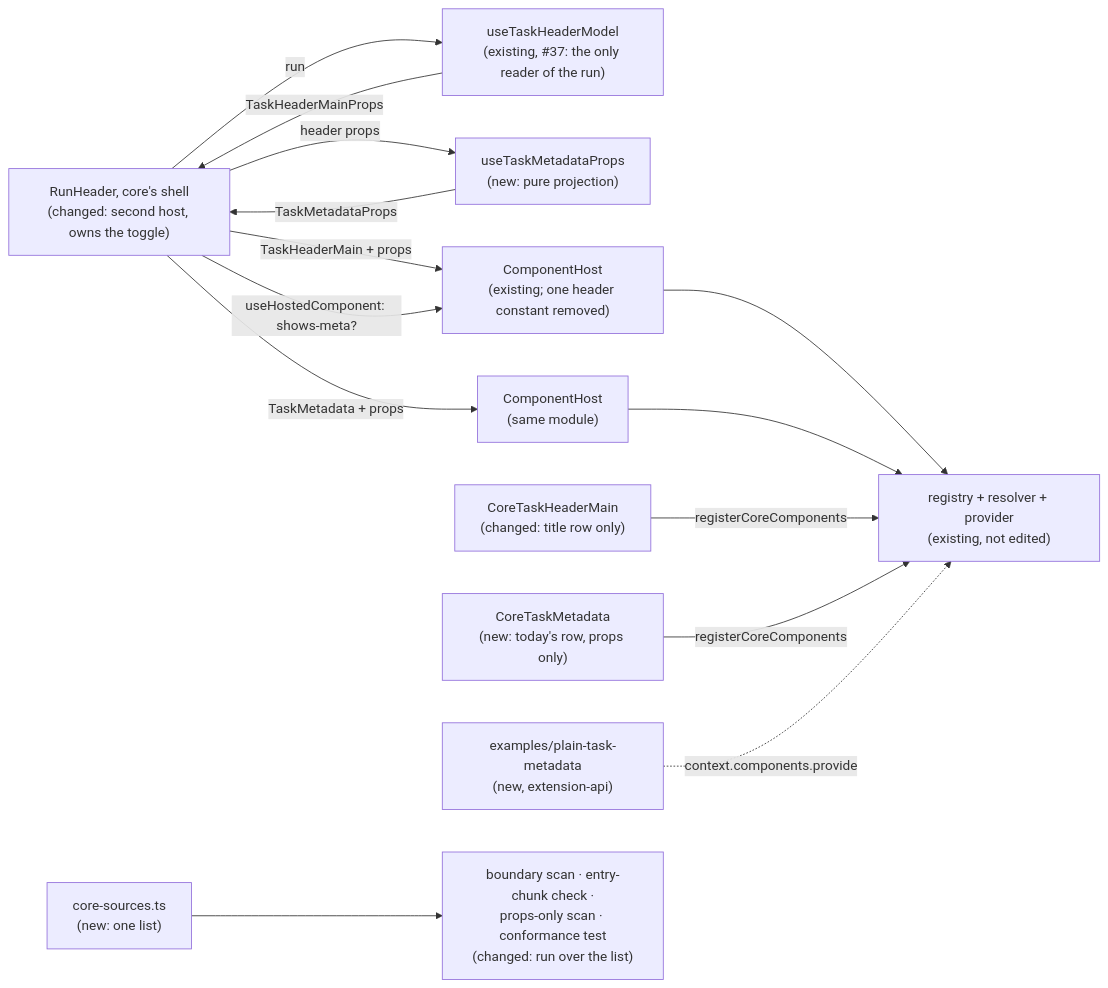
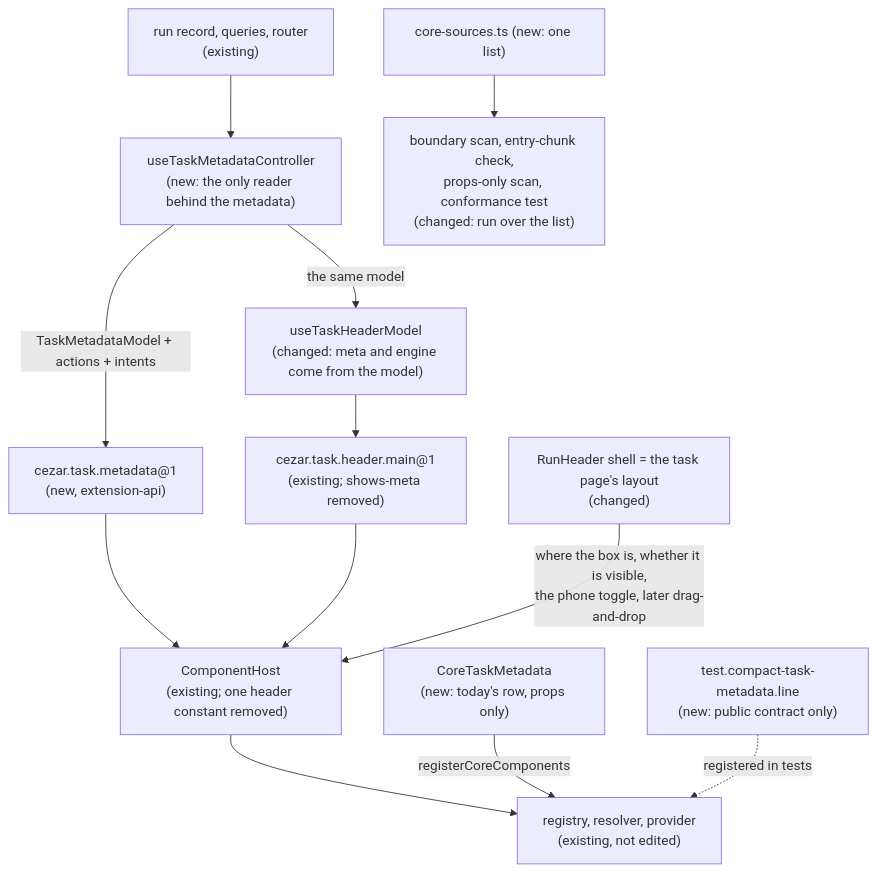
Before and after one commit to DarrenStasiakDev4You/cezar-hackathon-ale-patryk-nazywa-go-brutusem: the diagram in .ai/specs/2026-09-19-task-metadata-contract.md, drawn with Mermaid. The commit also changed other lines of this file and 5 other files, not shown here.

First line of the commit message:
docs(specs): apply the owner's answers to task-metadata-contract

````diff
--- a/.ai/specs/2026-09-19-task-metadata-contract.md
+++ b/.ai/specs/2026-09-19-task-metadata-contract.md
@@ -182,16 +199,14 @@
 ```mermaid
-flowchart LR
-  shell["RunHeader, core's shell<br/>(changed: second host, owns the toggle)"] -->|"run"| model["useTaskHeaderModel<br/>(existing, #37: the only reader of the run)"]
-  model -->|"TaskHeaderMainProps"| shell
-  shell -->|"header props"| proj["useTaskMetadataProps<br/>(new: pure projection)"]
-  proj -->|"TaskMetadataProps"| shell
-  shell -->|"TaskHeaderMain + props"| host1["ComponentHost<br/>(existing; one header constant removed)"]
-  shell -->|"TaskMetadata + props"| host2["ComponentHost<br/>(same module)"]
-  shell -->|"useHostedComponent: shows-meta?"| host1
-  host1 --> reg["registry + resolver + provider<br/>(existing, not edited)"]
-  host2 --> reg
-  coremain["CoreTaskHeaderMain<br/>(changed: title row only)"] -->|"registerCoreComponents"| reg
+flowchart TD
+  data["run record, queries, router<br/>(existing)"] --> ctrl["useTaskMetadataController<br/>(new: the only reader behind the metadata)"]
+  ctrl -->|"TaskMetadataModel + actions + intents"| contract["cezar.task.metadata@1<br/>(new, extension-api)"]
+  ctrl -->|"the same model"| hmodel["useTaskHeaderModel<br/>(changed: meta and engine come from the model)"]
+  hmodel --> hcontract["cezar.task.header.main@1<br/>(existing; shows-meta removed)"]
+  contract --> host["ComponentHost<br/>(existing; one header constant removed)"]
+  hcontract --> host
+  host --> reg["registry, resolver, provider<br/>(existing, not edited)"]
   coremeta["CoreTaskMetadata<br/>(new: today's row, props only)"] -->|"registerCoreComponents"| reg
-  example["examples/plain-task-metadata<br/>(new, extension-api)"] -.->|"context.components.provide"| reg
-  sources["core-sources.ts<br/>(new: one list)"] --> checks["boundary scan · entry-chunk check ·<br/>props-only scan · conformance test<br/>(changed: run over the list)"]
+  alt["test.compact-task-metadata.line<br/>(new: public contract only)"] -.->|"registered in tests"| reg
+  layout["RunHeader shell = the task page's layout<br/>(changed)"] -->|"where the box is, whether it is visible,<br/>the phone toggle, later drag-and-drop"| host
+  sources["core-sources.ts (new: one list)"] --> checks["boundary scan, entry-chunk check,<br/>props-only scan, conformance test<br/>(changed: run over the list)"]
 ```
````
